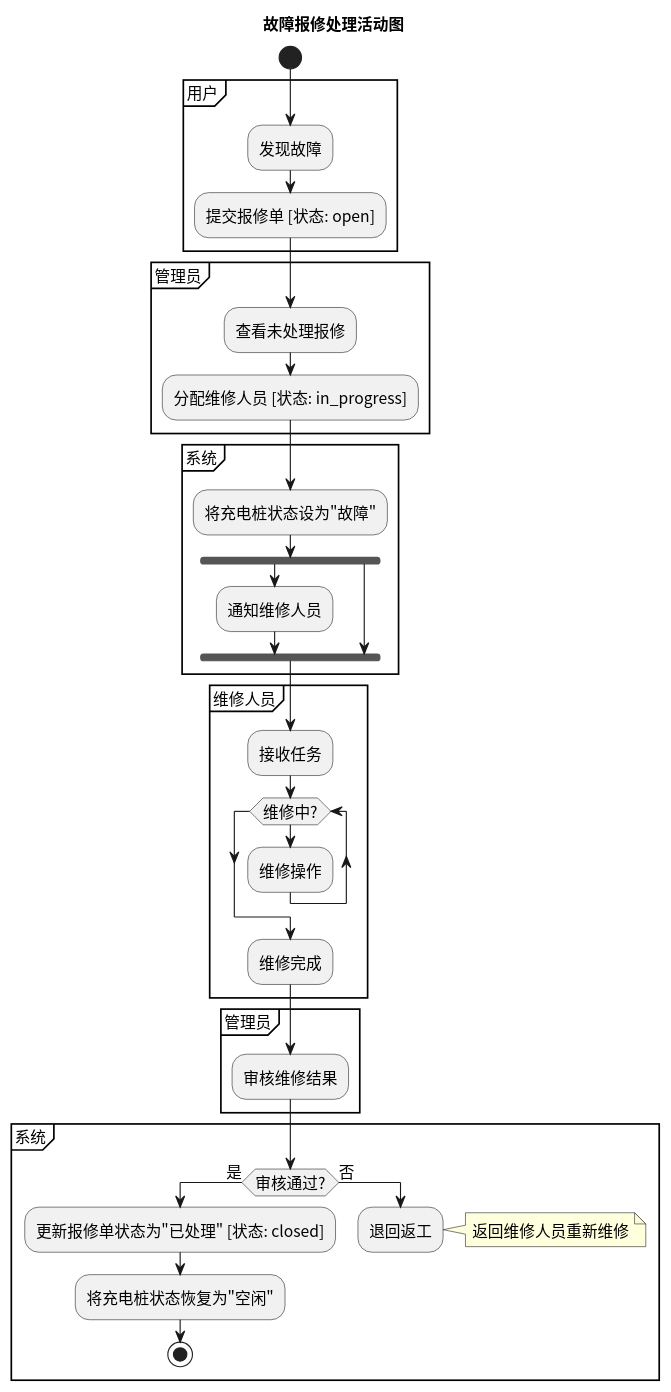
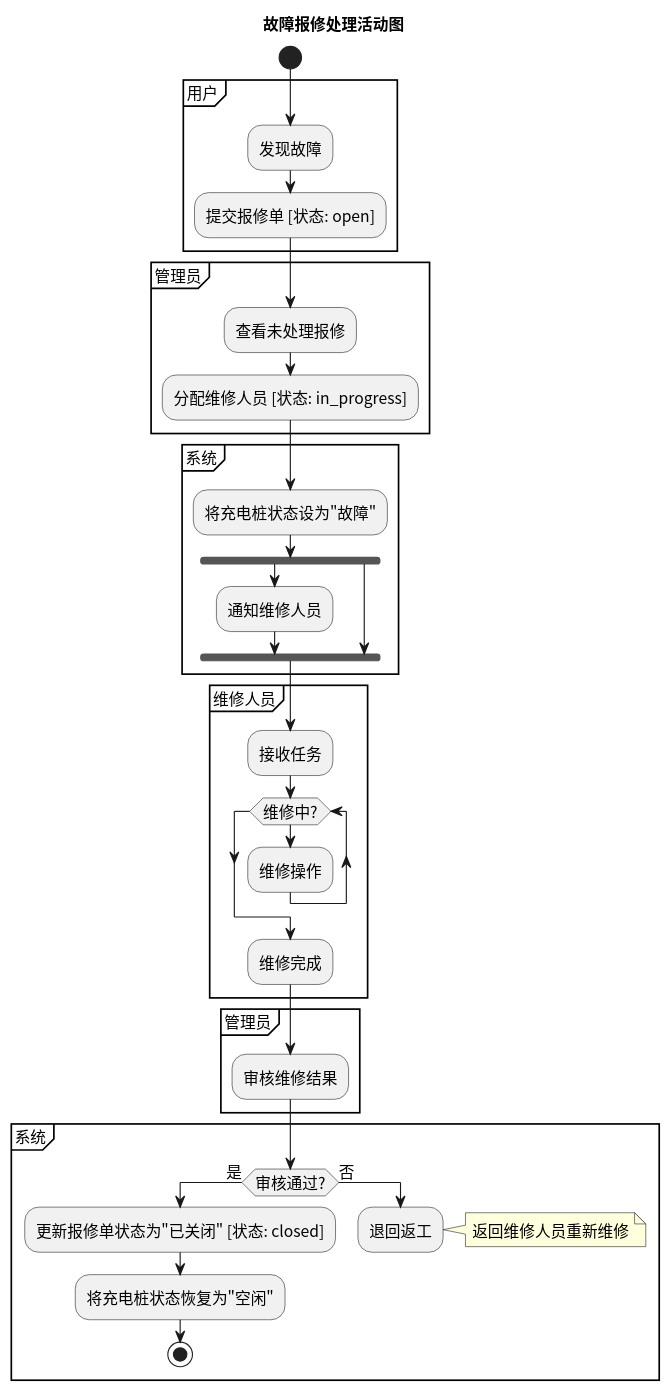
The diagram in activity/src/activity_repair.puml (greenhandzdl/charging-station-doc), drawn with PlantUML before and after one commit. The commit also changed 16 other files, not shown here.

First line of the commit message:
fix: 架构与安全审计修复 — API 文档补全、类图扩展、安全增强

```diff
--- a/activity/src/activity_repair.puml
+++ b/activity/src/activity_repair.puml
@@ -1,49 +1,49 @@
 @startuml
 skinparam defaultFontName "Noto Sans CJK SC"
 skinparam defaultFontSize 14
 title 故障报修处理活动图
 start
 
 partition "用户" {
   :发现故障;
   :提交报修单 [状态: open];
 }
 
 partition "管理员" {
   :查看未处理报修;
   :分配维修人员 [状态: in_progress];
 }
 
 partition "系统" {
   :将充电桩状态设为"故障";
   fork
     :通知维修人员;
   fork again
   endfork
 }
 
 partition "维修人员" {
   :接收任务;
   while (维修中?)
     :维修操作;
   endwhile
   :维修完成;
 }
 
 partition "管理员" {
   :审核维修结果;
 }
 
 partition "系统" {
   if (审核通过?) then (是)
-    :更新报修单状态为"已处理" [状态: closed];
+    :更新报修单状态为"已关闭" [状态: closed];
     :将充电桩状态恢复为"空闲";
     stop
   else (否)
     :退回返工;
     note right: 返回维修人员重新维修
     detach
   endif
 }
 
 @enduml
```
